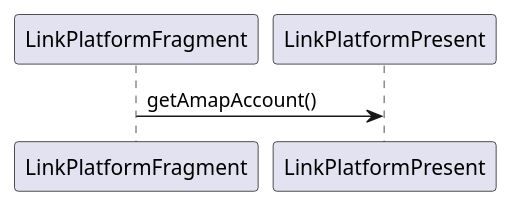
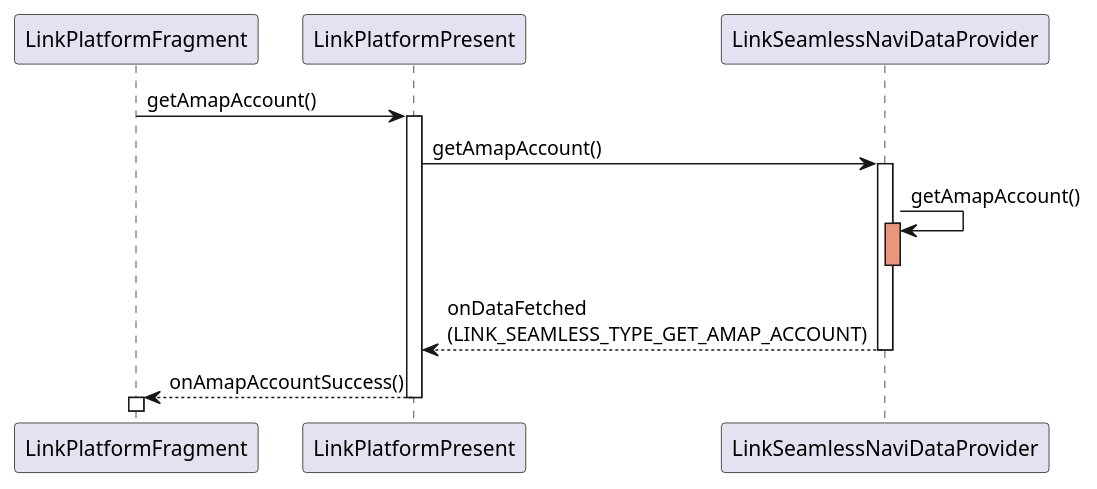
One commit to Growing-C/MyCollections changed the diagram in MyCollection/testsourcelib/src/main/java/com/example/testsourcelib/TestSync1.puml. Above: the diagram before and after it, drawn with PlantUML. The commit also changed 5 other files, not shown here.

```diff
--- a/MyCollection/testsourcelib/src/main/java/com/example/testsourcelib/TestSync1.puml
+++ b/MyCollection/testsourcelib/src/main/java/com/example/testsourcelib/TestSync1.puml
@@ -2,3 +2,15 @@
 @startuml
 LinkPlatformFragment  -> LinkPlatformPresent: getAmapAccount()
+activate LinkPlatformPresent
+LinkPlatformPresent -> LinkSeamlessNaviDataProvider: getAmapAccount()
+activate LinkSeamlessNaviDataProvider
+LinkSeamlessNaviDataProvider -> LinkSeamlessNaviDataProvider: getAmapAccount()
+activate LinkSeamlessNaviDataProvider #DarkSalmon
+deactivate LinkSeamlessNaviDataProvider
+LinkPlatformPresent <-- LinkSeamlessNaviDataProvider: onDataFetched\n(LINK_SEAMLESS_TYPE_GET_AMAP_ACCOUNT)
+deactivate LinkSeamlessNaviDataProvider
+LinkPlatformFragment <-- LinkPlatformPresent: onAmapAccountSuccess()
+deactivate LinkPlatformPresent
+activate LinkPlatformFragment
+
 @enduml
```
